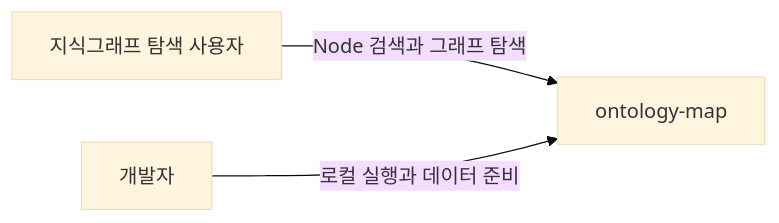
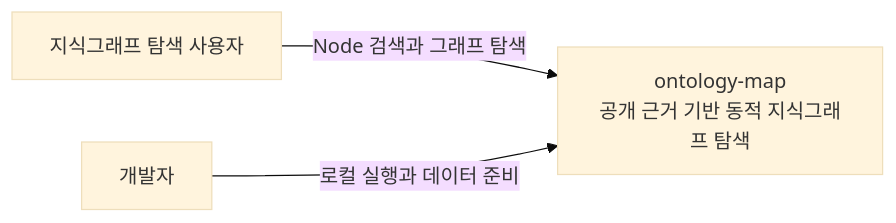
The first of 4 diagrams in docs/architecture/README.md (studylida/ontology-map), drawn with Mermaid (base theme) before and after one commit. The commit also changed other lines of this file, not shown here.

Commit message:
docs: C4 다이어그램의 책임과 관계를 명확화

````diff
--- a/docs/architecture/README.md
+++ b/docs/architecture/README.md
@@ -21,8 +21,8 @@
 ```mermaid
 flowchart LR
     User[지식그래프 탐색 사용자]
     Developer[개발자]
-    System[ontology-map]
+    System[ontology-map<br/>공개 근거 기반 동적 지식그래프 탐색]
     User -->|Node 검색과 그래프 탐색| System
     Developer -->|로컬 실행과 데이터 준비| System
 ```
````
